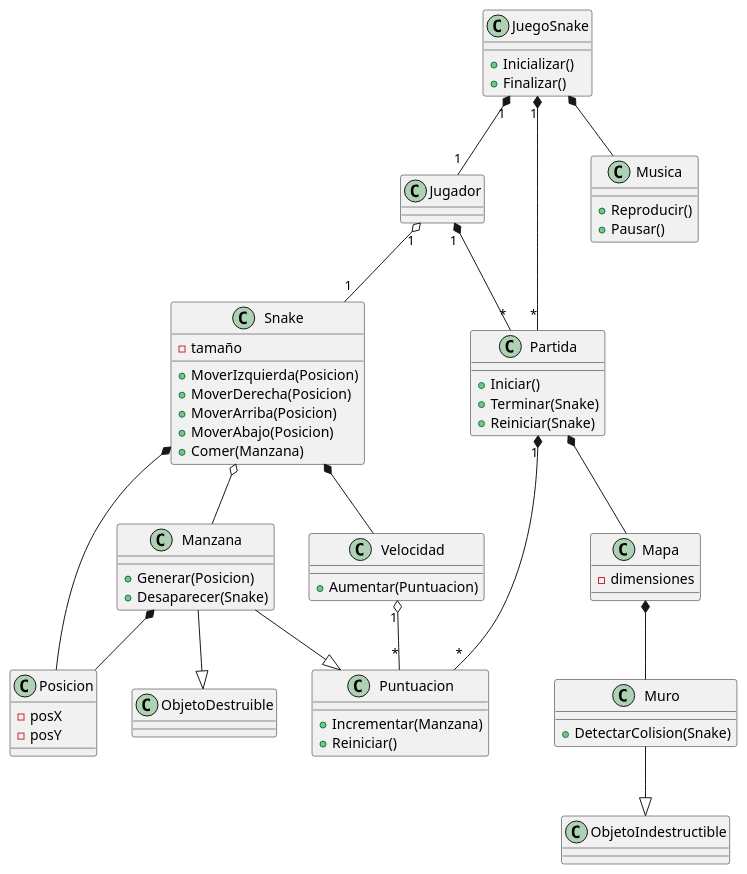
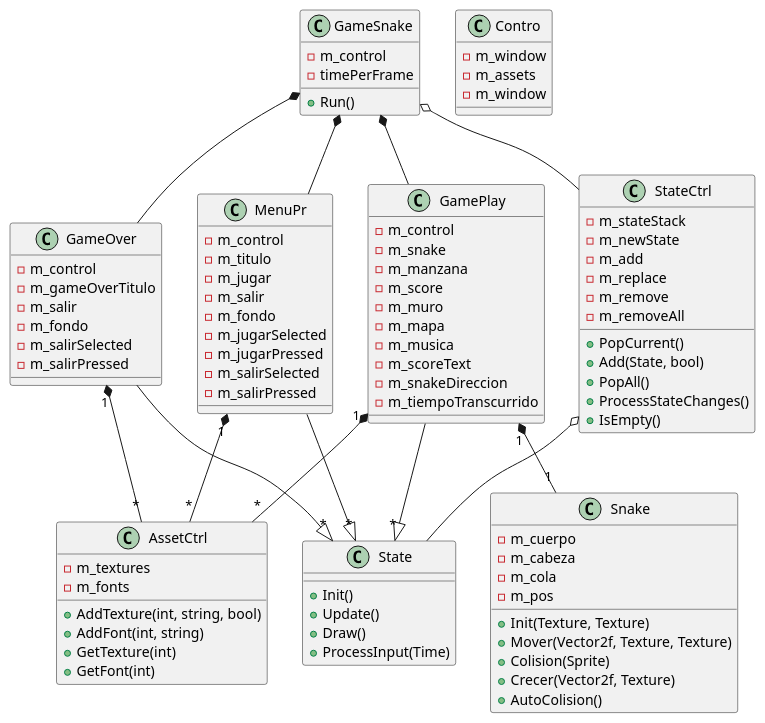
Before and after one commit to AlanDorantes/Snake: the diagram in docs/snake.puml, drawn with PlantUML. The commit also changed 8 other files, not shown here.

```diff
--- a/docs/snake.puml
+++ b/docs/snake.puml
@@ -1,78 +1,105 @@
 @startuml Snake
 
-class JuegoSnake {
-    +Inicializar()
-    +Finalizar()
+class AssetCtrl{
+    -m_textures
+    -m_fonts
+    +AddTexture(int, string, bool)
+    +AddFont(int, string)
+    +GetTexture(int)
+    +GetFont(int)
+
 }
 
-class Jugador
-
-class Snake {
-    -tamaño
-    +MoverIzquierda(Posicion)
-    +MoverDerecha(Posicion)
-    +MoverArriba(Posicion)
-    +MoverAbajo(Posicion)
-    +Comer(Manzana)
+class  Contro{
+    -m_window
+    -m_assets
+    -m_window
 }
 
-class Velocidad {
-    +Aumentar(Puntuacion)
+class GameOver {
+    -m_control
+    -m_gameOverTitulo
+    -m_salir
+    -m_fondo
+    -m_salirSelected
+    -m_salirPressed
 }
 
-class Posicion {
-    -posX
-    -posY
+class GamePlay {
+    -m_control
+    -m_snake
+    -m_manzana
+    -m_score
+    -m_muro
+    -m_mapa
+    -m_musica
+    -m_scoreText
+    -m_snakeDireccion
+    -m_tiempoTranscurrido
 }
 
-class Manzana {
-    +Generar(Posicion)
-    +Desaparecer(Snake)
+class GameSnake{
+    -m_control
+    -timePerFrame
+    +Run()
 }
 
-class ObjetoDestruible 
-
-class ObjetoIndestructible
-
-class Puntuacion {
-    +Incrementar(Manzana)
-    +Reiniciar()
+class MenuPr {
+    -m_control
+    -m_titulo
+    -m_jugar
+    -m_salir
+    -m_fondo
+    -m_jugarSelected
+    -m_jugarPressed
+    -m_salirSelected
+    -m_salirPressed
 }
 
-class Mapa {
-    -dimensiones
+class Snake{
+    -m_cuerpo
+    -m_cabeza
+    -m_cola
+    -m_pos
+    +Init(Texture, Texture)
+    +Mover(Vector2f, Texture, Texture)
+    +Colision(Sprite)
+    +Crecer(Vector2f, Texture)
+    +AutoColision()
 }
 
-class Muro {
-    +DetectarColision(Snake)
+class State{
+    +Init()
+    +Update()
+    +Draw()
+    +ProcessInput(Time)
 }
 
-class Musica {
-    +Reproducir()
-    +Pausar()
+class StateCtrl{
+    -m_stateStack
+    -m_newState
+    -m_add
+    -m_replace
+    -m_remove
+    -m_removeAll
+    +PopCurrent()
+    +Add(State, bool)
+    +PopAll()
+    +ProcessStateChanges()
+    +IsEmpty()
 }
 
-class Partida {
-    +Iniciar()
-    +Terminar(Snake)
-    +Reiniciar(Snake)
-}
-
-Mapa *-- Muro
-Jugador "1" *-- "*" Partida
-Jugador "1" o-- "1" Snake
-Snake *-- Posicion
-Snake *-- Velocidad
-Snake o-- Manzana
-JuegoSnake "1" *-- "1" Jugador
-JuegoSnake *-- Musica
-JuegoSnake "1" *-- "*" Partida
-Partida "1" *-- "*" Puntuacion
-Partida *-- Mapa
-Manzana *-- Posicion
-Manzana --|> ObjetoDestruible
-Manzana --|> Puntuacion
-Velocidad "1" o-- "*" Puntuacion
-Muro --|> ObjetoIndestructible
+GameSnake *-- GameOver
+GameSnake *-- GamePlay
+GameSnake *-- MenuPr
+MenuPr "1" *-- "*" AssetCtrl
+GamePlay "1" *-- "*" AssetCtrl
+GameOver "1" *-- "*" AssetCtrl
+GamePlay "1" *-- "1" Snake
+GameOver --|> "*" State
+GamePlay --|> "*" State
+MenuPr --|> "*" State
+StateCtrl o-- State
+GameSnake o-- StateCtrl
 
 @enduml
```
